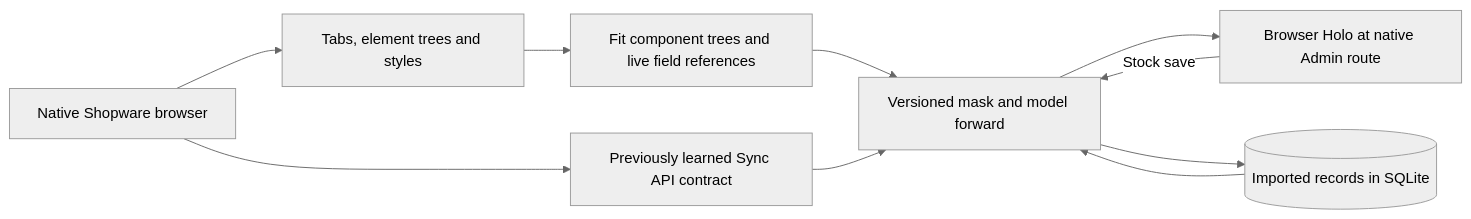
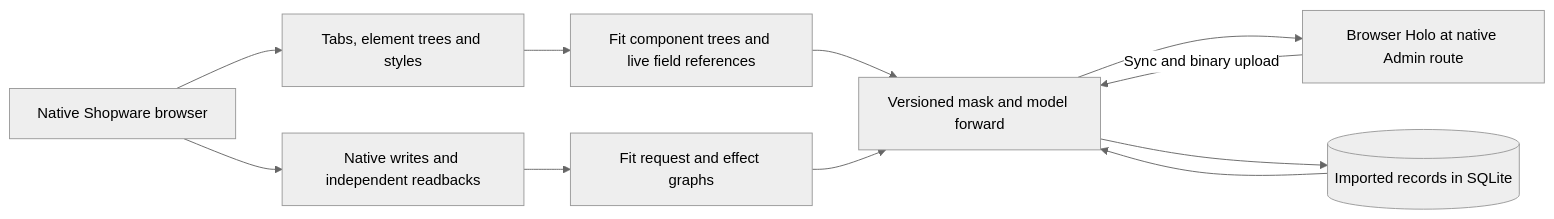
Before and after one commit to sthamann/holodeck: the diagram in docs/product-mask.md, drawn with Mermaid (neutral theme). The commit also changed other lines of this file and 16 other files, not shown here.

````diff
--- a/docs/product-mask.md
+++ b/docs/product-mask.md
@@ -5,12 +5,13 @@
 ```mermaid
 flowchart LR
     SW[Native Shopware browser] --> TRACE[Tabs, element trees and styles]
-    SW --> SYNC[Previously learned Sync API contract]
+    SW --> HTTP[Native writes and independent readbacks]
     TRACE --> FIT[Fit component trees and live field references]
     FIT --> M[Versioned mask and model forward]
-    SYNC --> M
+    HTTP --> ACT[Fit request and effect graphs]
+    ACT --> M
     R[(Imported records in SQLite)] --> M
     M --> H[Browser Holo at native Admin route]
-    H -->|Stock save| M
+    H -->|Sync and binary upload| M
     M --> R
 ```
````
